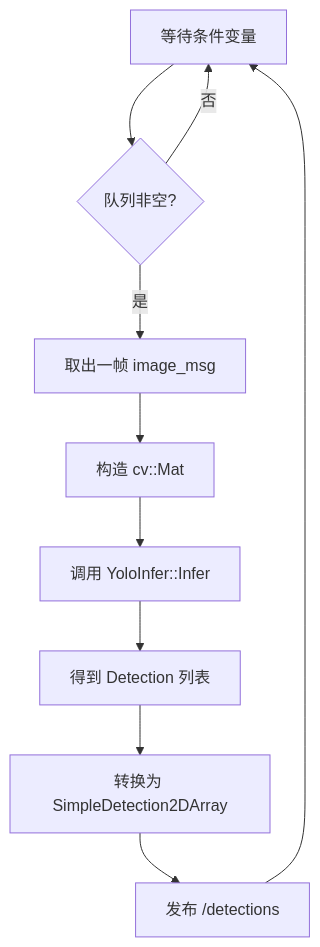
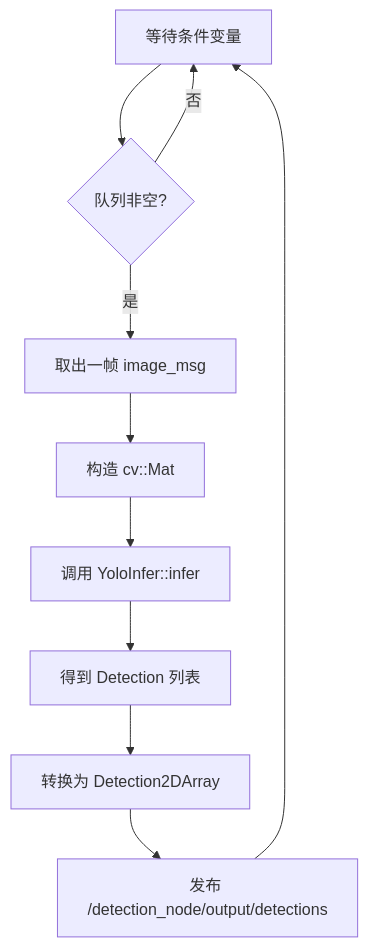
The third of 3 diagrams in docs/detection_node/detection_node-code-guide.md (PT233/dog_dev), drawn with Mermaid before and after one commit. The commit also changed other lines of this file and 322 other files, not shown here.

````diff
--- a/docs/detection_node/detection_node-code-guide.md
+++ b/docs/detection_node/detection_node-code-guide.md
@@ -328,12 +328,12 @@
 ```mermaid
 flowchart TD
     A[等待条件变量] --> B{队列非空?}
     B -- 否 --> A
     B -- 是 --> C[取出一帧 image_msg]
     C --> D[构造 cv::Mat]
-    D --> E[调用 YoloInfer::Infer]
+    D --> E[调用 YoloInfer::infer]
     E --> F[得到 Detection 列表]
-    F --> G[转换为 SimpleDetection2DArray]
-    G --> H[发布 /detections]
+    F --> G[转换为 Detection2DArray]
+    G --> H[发布 /detection_node/output/detections]
     H --> A
 ```
````
